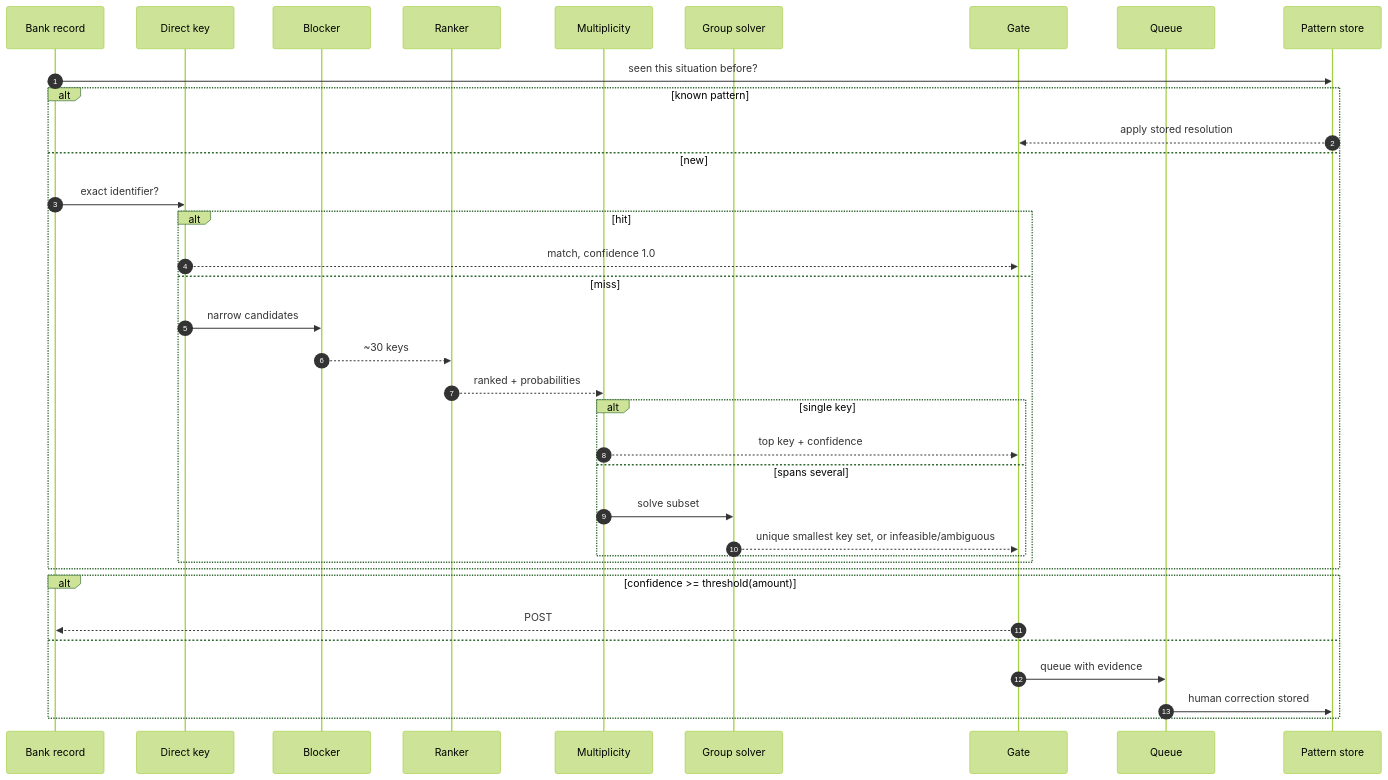
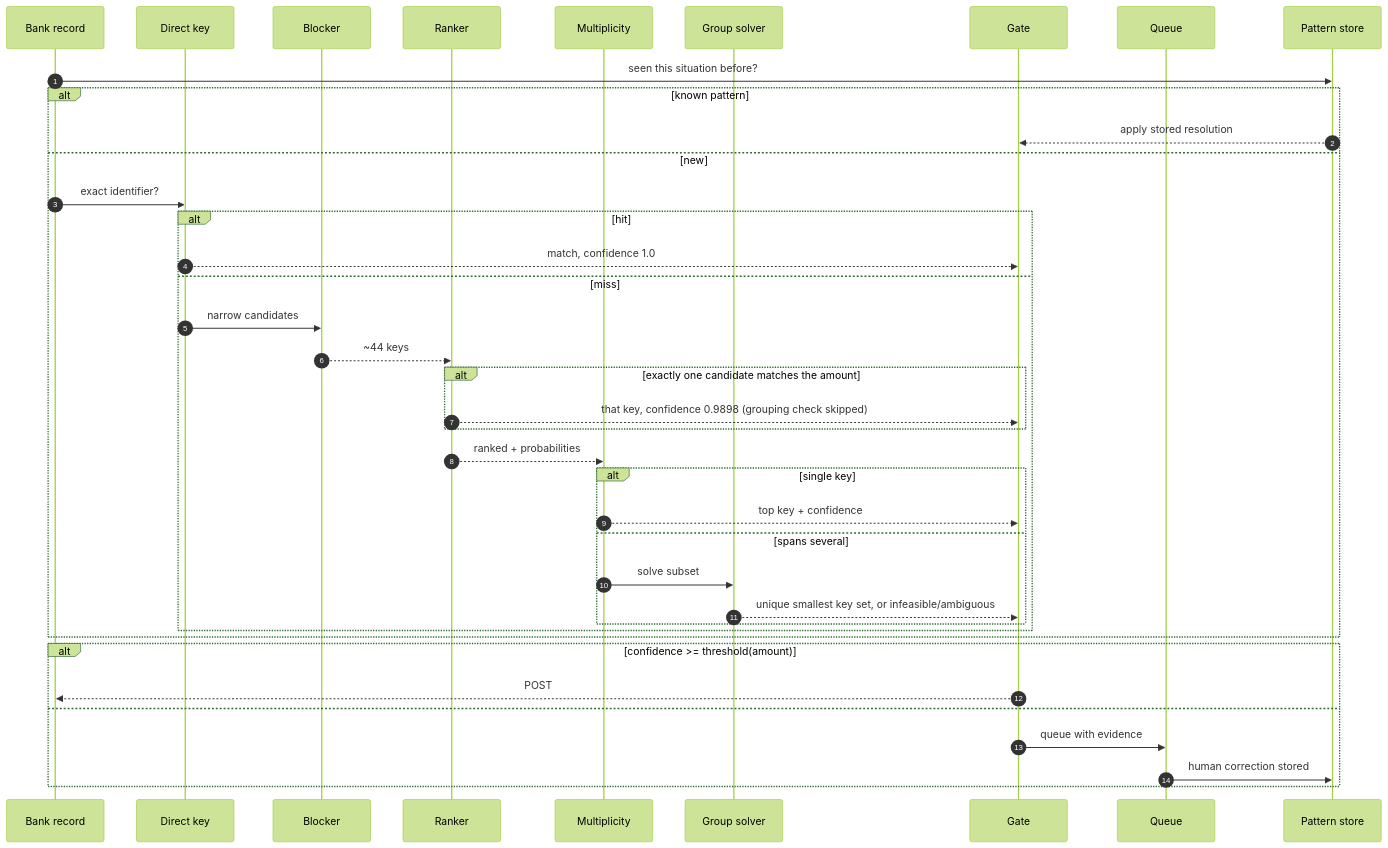
The third of 6 diagrams in docs/DESIGN.md (yug105/allocation-agent), drawn with Mermaid (forest theme) before and after one commit. The commit also changed other lines of this file and 4 other files, not shown here.

````diff
--- a/docs/DESIGN.md
+++ b/docs/DESIGN.md
@@ -148,39 +148,42 @@
 ```mermaid
 sequenceDiagram
     autonumber
     participant R as Bank record
     participant DK as Direct key
     participant BL as Blocker
     participant RK as Ranker
     participant MD as Multiplicity
     participant GS as Group solver
     participant GT as Gate
     participant Q as Queue
     participant PS as Pattern store
 
     R->>PS: seen this situation before?
     alt known pattern
         PS-->>GT: apply stored resolution
     else new
         R->>DK: exact identifier?
         alt hit
             DK-->>GT: match, confidence 1.0
         else miss
             DK->>BL: narrow candidates
-            BL-->>RK: ~30 keys
+            BL-->>RK: ~44 keys
+            alt exactly one candidate matches the amount
+                RK-->>GT: that key, confidence 0.9898 (grouping check skipped)
+            end
             RK-->>MD: ranked + probabilities
             alt single key
                 MD-->>GT: top key + confidence
             else spans several
                 MD->>GS: solve subset
                 GS-->>GT: unique smallest key set, or infeasible/ambiguous
             end
         end
     end
     alt confidence >= threshold(amount)
         GT-->>R: POST
     else
         GT->>Q: queue with evidence
         Q->>PS: human correction stored
     end
 ```
````
